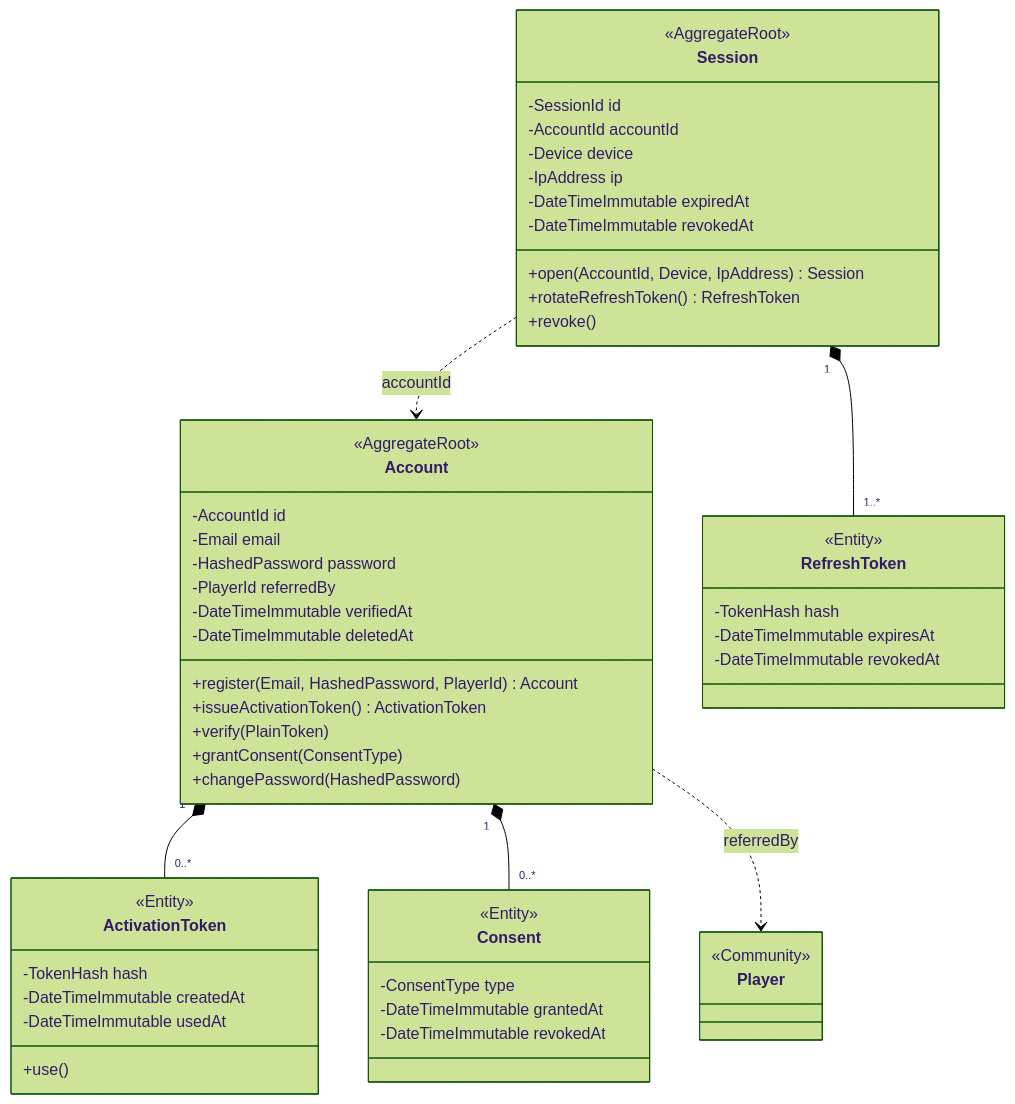
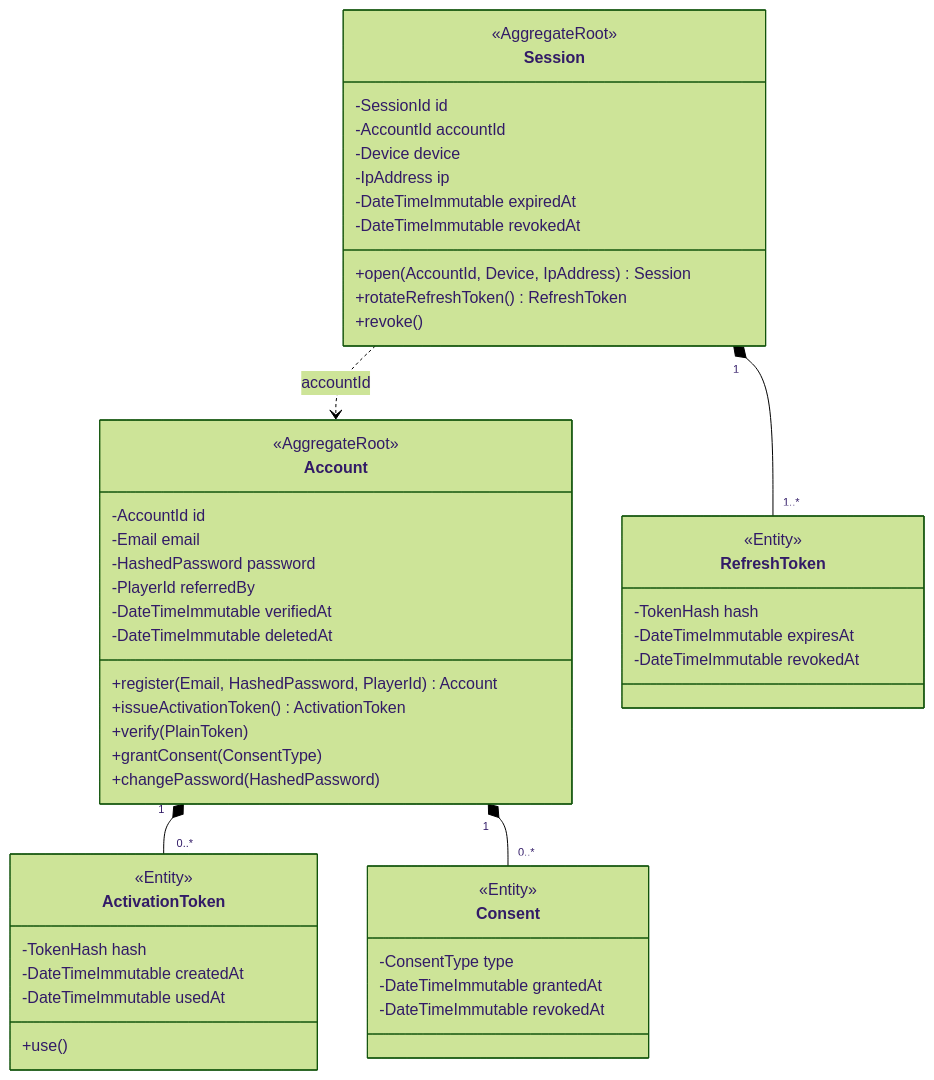
One commit to eharo-poisonus/new-wargames-api changed the diagram in documentation/domain_uml/identity.md. Above: the diagram before and after it, drawn with Mermaid (forest theme). The commit also changed 1 other file, not shown here.

Commit message:
domain uml

````diff
--- a/documentation/domain_uml/identity.md
+++ b/documentation/domain_uml/identity.md
@@ -5,57 +5,53 @@
 ```mermaid
 classDiagram
 direction TB
 class Account {
   <<AggregateRoot>>
   -AccountId id
   -Email email
   -HashedPassword password
   -PlayerId referredBy
   -DateTimeImmutable verifiedAt
   -DateTimeImmutable deletedAt
   +register(Email, HashedPassword, PlayerId) Account
   +issueActivationToken() ActivationToken
   +verify(PlainToken)
   +grantConsent(ConsentType)
   +changePassword(HashedPassword)
 }
 class ActivationToken {
   <<Entity>>
   -TokenHash hash
   -DateTimeImmutable createdAt
   -DateTimeImmutable usedAt
   +use()
 }
 class Consent {
   <<Entity>>
   -ConsentType type
   -DateTimeImmutable grantedAt
   -DateTimeImmutable revokedAt
 }
 class Session {
   <<AggregateRoot>>
   -SessionId id
   -AccountId accountId
   -Device device
   -IpAddress ip
   -DateTimeImmutable expiredAt
   -DateTimeImmutable revokedAt
   +open(AccountId, Device, IpAddress) Session
   +rotateRefreshToken() RefreshToken
   +revoke()
 }
 class RefreshToken {
   <<Entity>>
   -TokenHash hash
   -DateTimeImmutable expiresAt
   -DateTimeImmutable revokedAt
 }
-class Player {
-  <<Community>>
-}
 Account "1" *-- "0..*" ActivationToken
 Account "1" *-- "0..*" Consent
 Session "1" *-- "1..*" RefreshToken
 Session ..> Account : accountId
-Account ..> Player : referredBy
 ```
````
